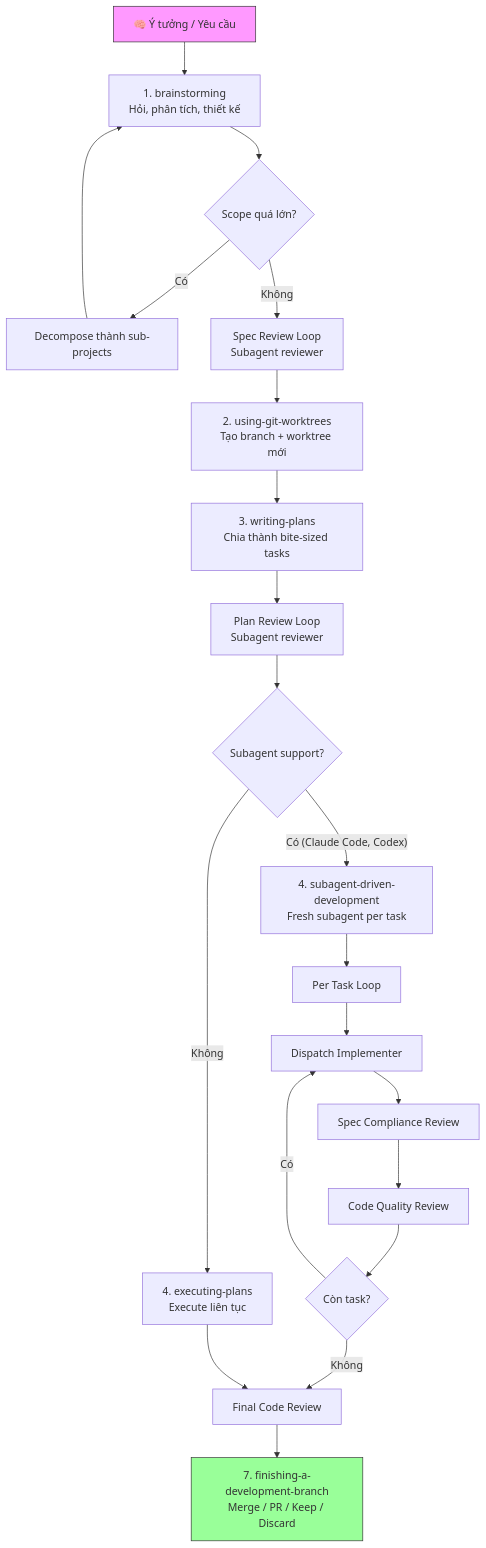
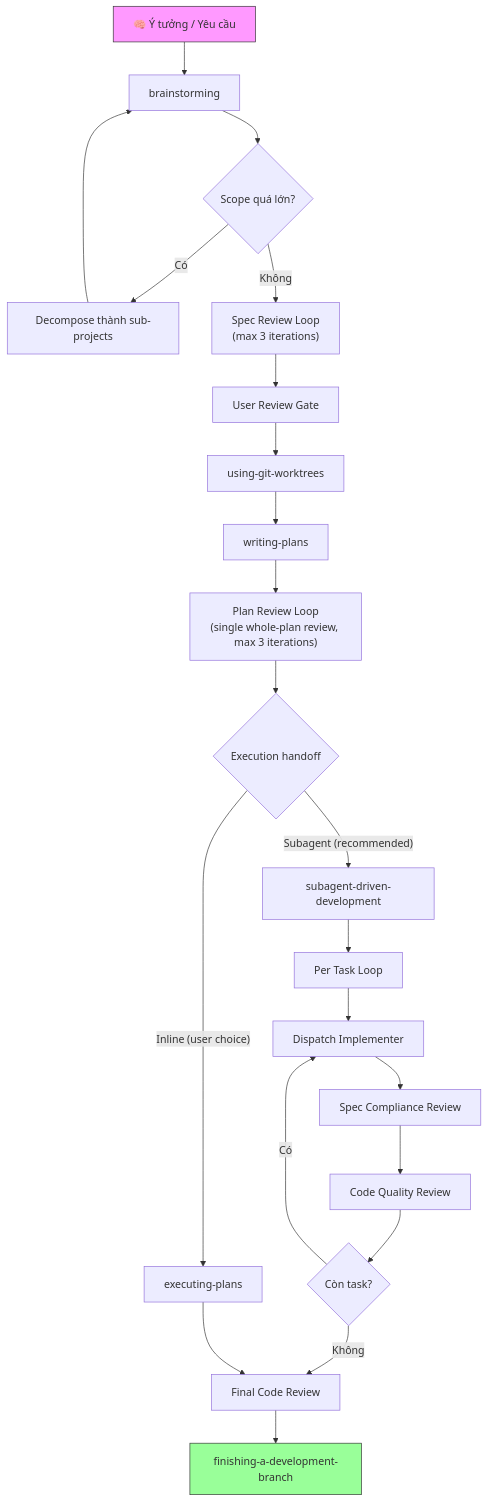
Before and after one commit to thientranhung/agentic-coding-lab: the third of 3 diagrams in vn/superpowers/0. Overview.md, drawn with Mermaid. The commit also changed other lines of this file and 14 other files, not shown here.

````diff
--- a/vn/superpowers/0. Overview.md
+++ b/vn/superpowers/0. Overview.md
@@ -161,26 +139,27 @@
 ```mermaid
 flowchart TD
-    A["🧠 Ý tưởng / Yêu cầu"] --> B["1. brainstorming\nHỏi, phân tích, thiết kế"]
+    A["🧠 Ý tưởng / Yêu cầu"] --> B["brainstorming"]
     B --> B1{"Scope quá lớn?"}
     B1 -->|Có| B2["Decompose thành sub-projects"]
     B2 --> B
-    B1 -->|Không| C["Spec Review Loop\nSubagent reviewer"]
-    C --> D["2. using-git-worktrees\nTạo branch + worktree mới"]
-    D --> E["3. writing-plans\nChia thành bite-sized tasks"]
-    E --> E1["Plan Review Loop\nSubagent reviewer"]
-    E1 --> F{"Subagent support?"}
-    F -->|"Có (Claude Code, Codex)"| G["4. subagent-driven-development\nFresh subagent per task"]
-    F -->|Không| H["4. executing-plans\nExecute liên tục"]
+    B1 -->|Không| C["Spec Review Loop<br/>(max 3 iterations)"]
+    C --> USR["User Review Gate"]
+    USR --> D["using-git-worktrees"]
+    D --> E["writing-plans"]
+    E --> E1["Plan Review Loop<br/>(single whole-plan review, max 3 iterations)"]
+    E1 --> F{"Execution handoff"}
+    F -->|"Subagent (recommended)"| G["subagent-driven-development"]
+    F -->|"Inline (user choice)"| H["executing-plans"]
     G --> I["Per Task Loop"]
     I --> I1["Dispatch Implementer"]
     I1 --> I2["Spec Compliance Review"]
     I2 --> I3["Code Quality Review"]
     I3 --> I4{"Còn task?"}
     I4 -->|Có| I1
     I4 -->|Không| J["Final Code Review"]
     H --> J
-    J --> K["7. finishing-a-development-branch\nMerge / PR / Keep / Discard"]
+    J --> K["finishing-a-development-branch"]
 
     style A fill:#f9f,stroke:#333
     style K fill:#9f9,stroke:#333
 ```
````
